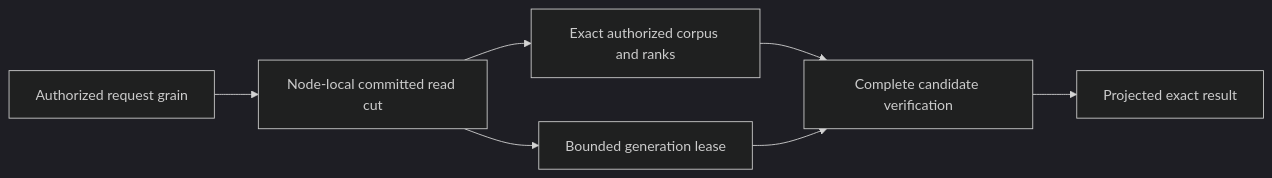
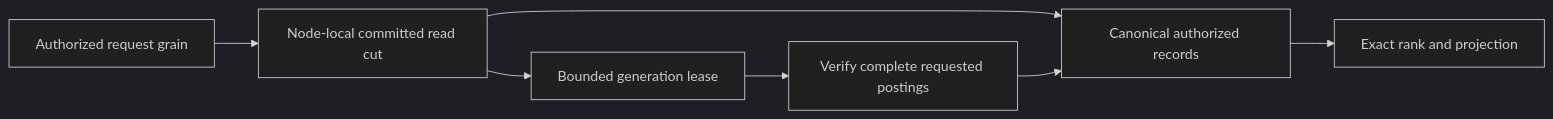
One commit to managedcode/KeyLoad changed the diagram in docs/ADR/ADR-078-full-text-projection.md. Above: the diagram before and after it, drawn with Mermaid (dark theme). The commit also changed other lines of this file and 37 other files, not shown here.

````diff
--- a/docs/ADR/ADR-078-full-text-projection.md
+++ b/docs/ADR/ADR-078-full-text-projection.md
@@ -37,9 +36,9 @@
 ```mermaid
 flowchart LR
     Request[Authorized request grain] --> Cut[Node-local committed read cut]
-    Cut --> Canonical[Exact authorized corpus and ranks]
+    Cut --> Canonical[Canonical authorized records]
     Cut --> Lease[Bounded generation lease]
-    Canonical --> Verify[Complete candidate verification]
-    Lease --> Verify
-    Verify --> Result[Projected exact result]
+    Lease --> Verify[Verify complete requested postings]
+    Verify --> Canonical
+    Canonical --> Result[Exact rank and projection]
 ```
````
